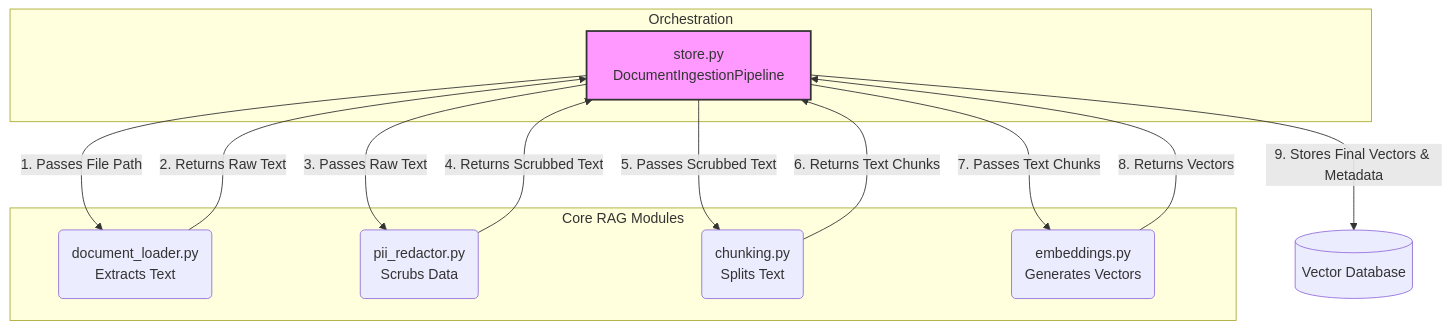
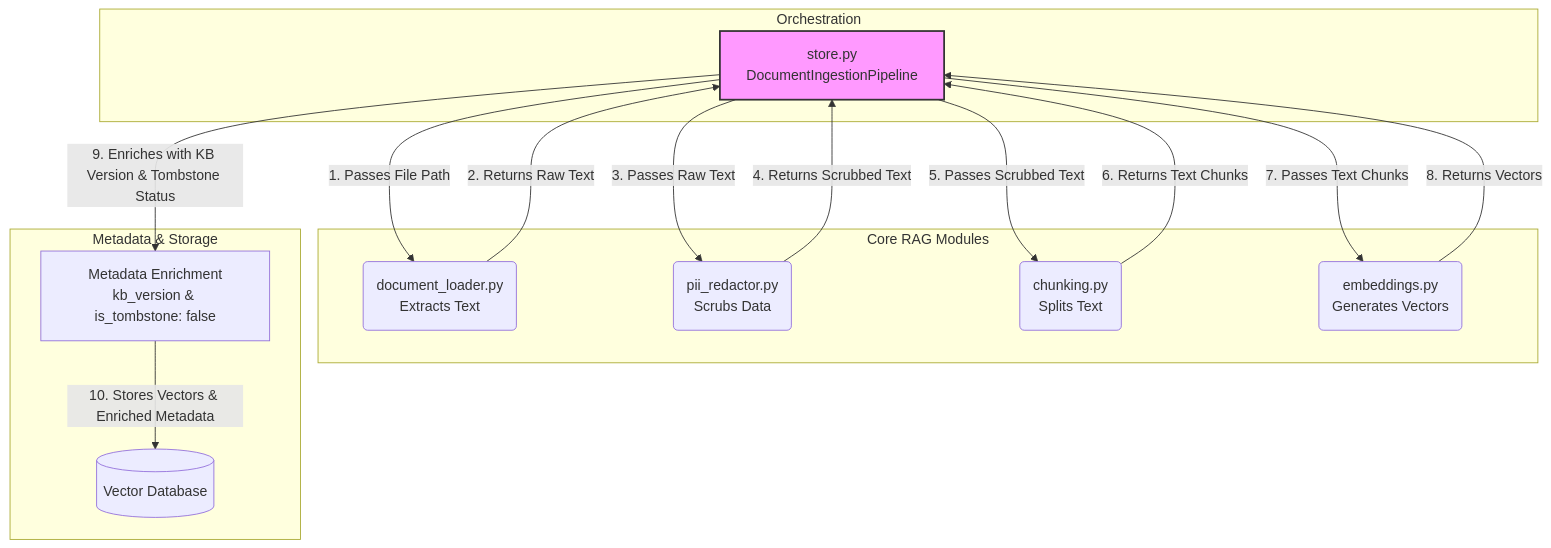
One commit to vishnuap-ai-works/AIARAG-Capstone-Project changed the second of 4 diagrams in docs/read_me/ARCHITECTURE.md. Above: the diagram before and after it, drawn with Mermaid. The commit also changed other lines of this file and 8 other files, not shown here.

````diff
--- a/docs/read_me/ARCHITECTURE.md
+++ b/docs/read_me/ARCHITECTURE.md
@@ -43,32 +45,38 @@
 ```mermaid
 flowchart TD
     subgraph Orchestration
         Store[store.py\nDocumentIngestionPipeline]
     end
 
     subgraph Core RAG Modules
         Loader(document_loader.py\nExtracts Text)
         Redactor(pii_redactor.py\nScrubs Data)
         Chunker(chunking.py\nSplits Text)
         Embedder(embeddings.py\nGenerates Vectors)
+    end
+
+    subgraph Metadata & Storage
+        DB[(Vector Database)]
+        Meta[Metadata Enrichment\nkb_version & is_tombstone: false]
     end
 
     %% Flow of data
     Store -->|1. Passes File Path| Loader
     Loader -->|2. Returns Raw Text| Store
     
     Store -->|3. Passes Raw Text| Redactor
     Redactor -->|4. Returns Scrubbed Text| Store
 
     Store -->|5. Passes Scrubbed Text| Chunker
     Chunker -->|6. Returns Text Chunks| Store
     
     Store -->|7. Passes Text Chunks| Embedder
     Embedder -->|8. Returns Vectors| Store
-    
-    Store -->|9. Stores Final Vectors & Metadata| DB[(Vector Database)]
+
+    Store -->|9. Enriches with KB Version & Tombstone Status| Meta
+    Meta -->|10. Stores Vectors & Enriched Metadata| DB
     
     %% Styling
     classDef orchestrator fill:#f9f,stroke:#333,stroke-width:2px;
     class Store orchestrator;
 ```
````
